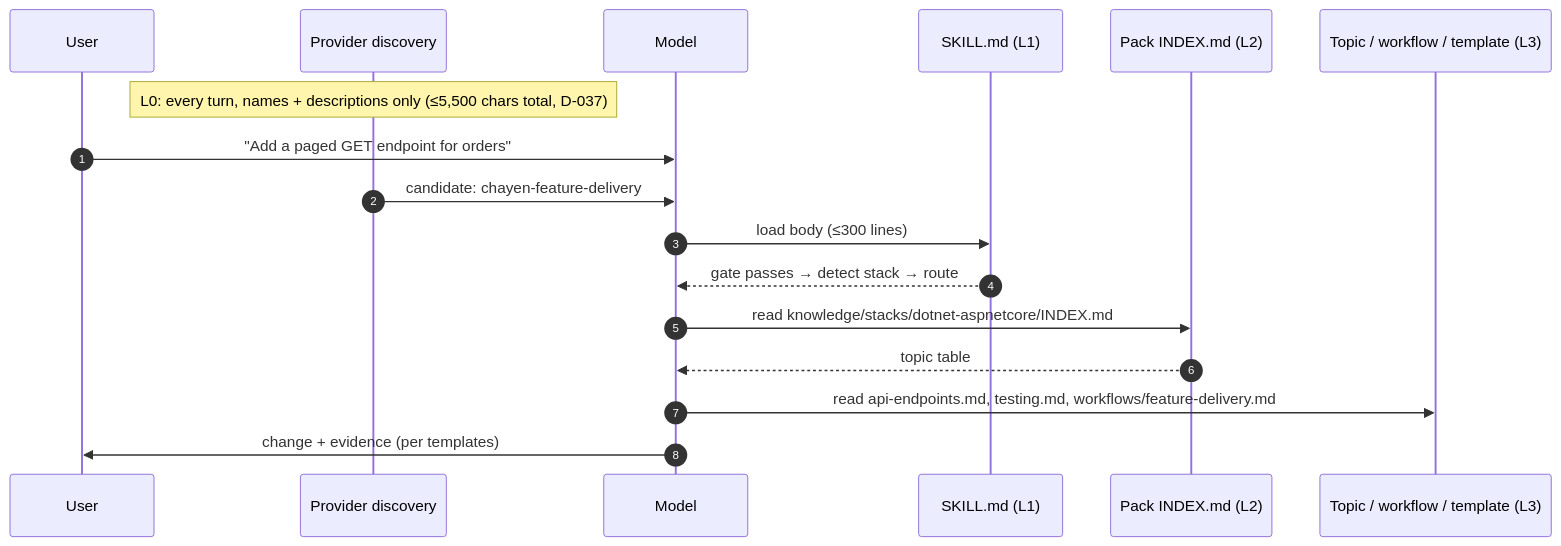
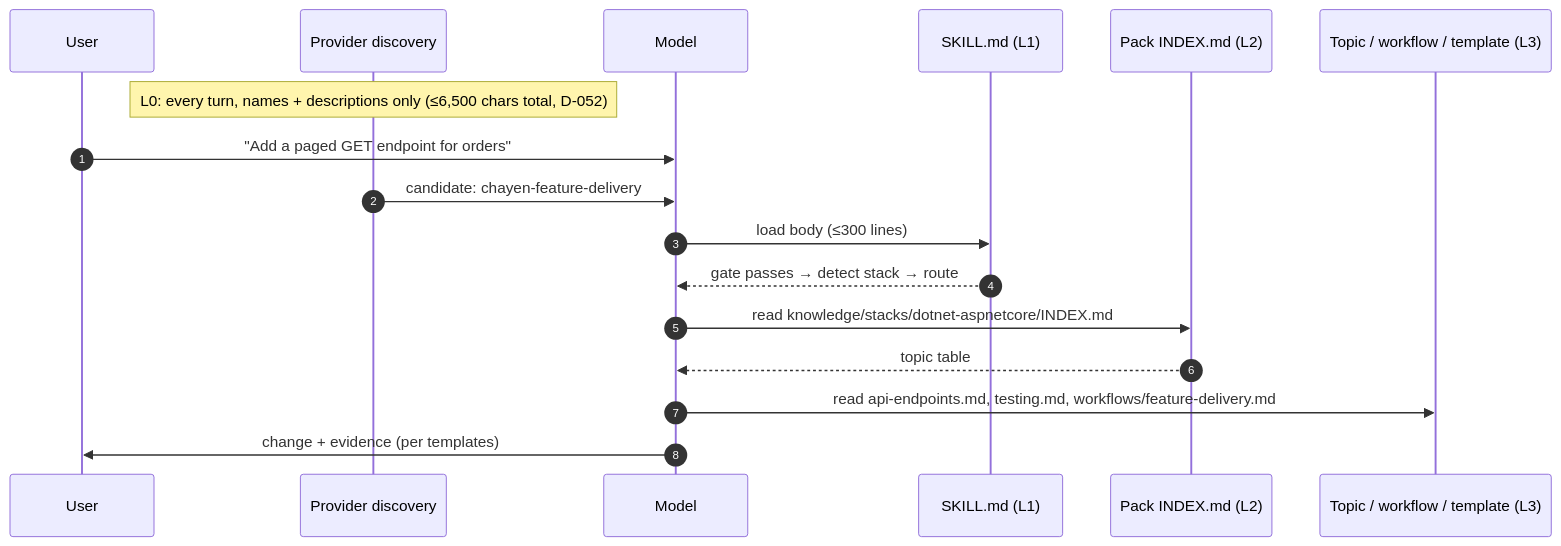
The third of 6 diagrams in docs/chayen/ARCHITECTURE.md (CodeJaDee/codejadee-chayen-framework), drawn with Mermaid before and after one commit. The commit also changed other lines of this file and 18 other files, not shown here.

````diff
--- a/docs/chayen/ARCHITECTURE.md
+++ b/docs/chayen/ARCHITECTURE.md
@@ -376,19 +383,19 @@
 ```mermaid
 sequenceDiagram
     autonumber
     participant U as User
     participant P as Provider discovery
     participant M as Model
     participant S as SKILL.md (L1)
     participant I as Pack INDEX.md (L2)
     participant T as Topic / workflow / template (L3)
-    Note over P: L0: every turn, names + descriptions only (≤5,500 chars total, D-037)
+    Note over P: L0: every turn, names + descriptions only (≤6,500 chars total, D-052)
     U->>M: "Add a paged GET endpoint for orders"
     P->>M: candidate: chayen-feature-delivery
     M->>S: load body (≤300 lines)
     S-->>M: gate passes → detect stack → route
     M->>I: read knowledge/stacks/dotnet-aspnetcore/INDEX.md
     I-->>M: topic table
     M->>T: read api-endpoints.md, testing.md, workflows/feature-delivery.md
     M->>U: change + evidence (per templates)
 ```
````
